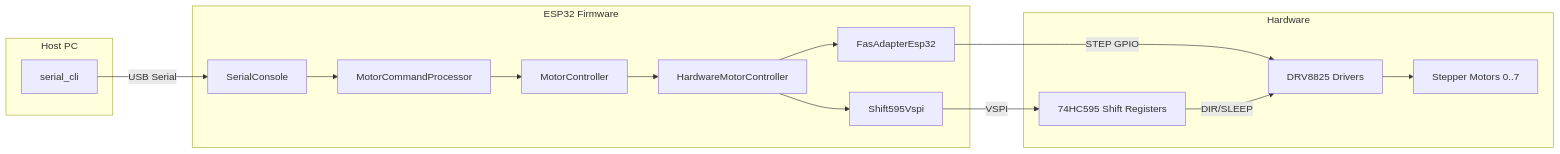
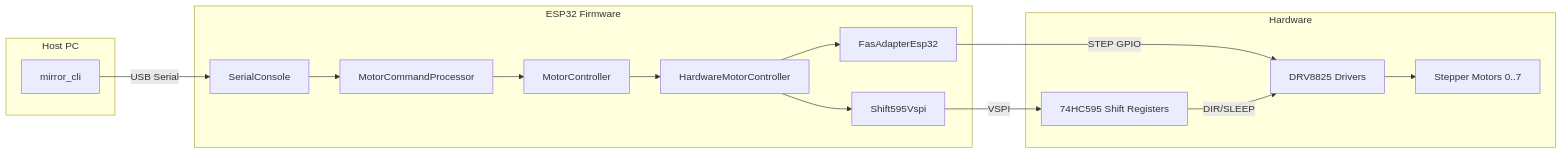
One commit to szerintedmi/kinetic-mirror-matrix-esp32 changed the diagram in README.md. Above: the diagram before and after it, drawn with Mermaid. The commit also changed other lines of this file and 35 other files, not shown here.

Commit message:
rename serial_cli to mirror_cli

````diff
--- a/README.md
+++ b/README.md
@@ -19,27 +19,27 @@
 ```mermaid
 flowchart LR
   subgraph "Host PC"
-    CLI["serial_cli"]
+    CLI["mirror_cli"]
   end
 
   subgraph "ESP32 Firmware"
     Console["SerialConsole"]
     MCP["MotorCommandProcessor"]
     MC["MotorController"]
     HWC["HardwareMotorController"]
     FAS["FasAdapterEsp32"]
     SR["Shift595Vspi"]
   end
 
   subgraph "Hardware"
     DRV["DRV8825 Drivers"]
     SRIC["74HC595 Shift Registers"]
     Motors["Stepper Motors 0..7"]
   end
 
   CLI -->|USB Serial| Console
   Console --> MCP --> MC --> HWC
   HWC --> FAS -->|STEP GPIO| DRV
   HWC --> SR -->|VSPI| SRIC -->|DIR/SLEEP| DRV
   DRV --> Motors
 ```
````
